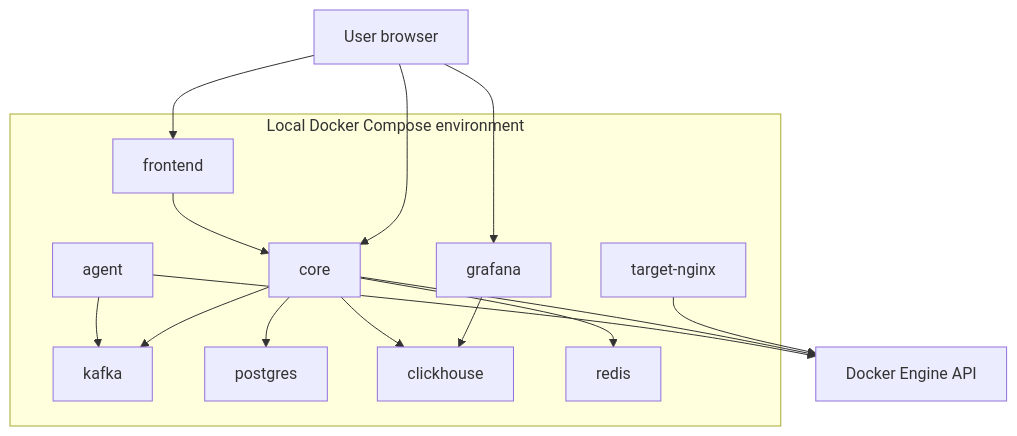
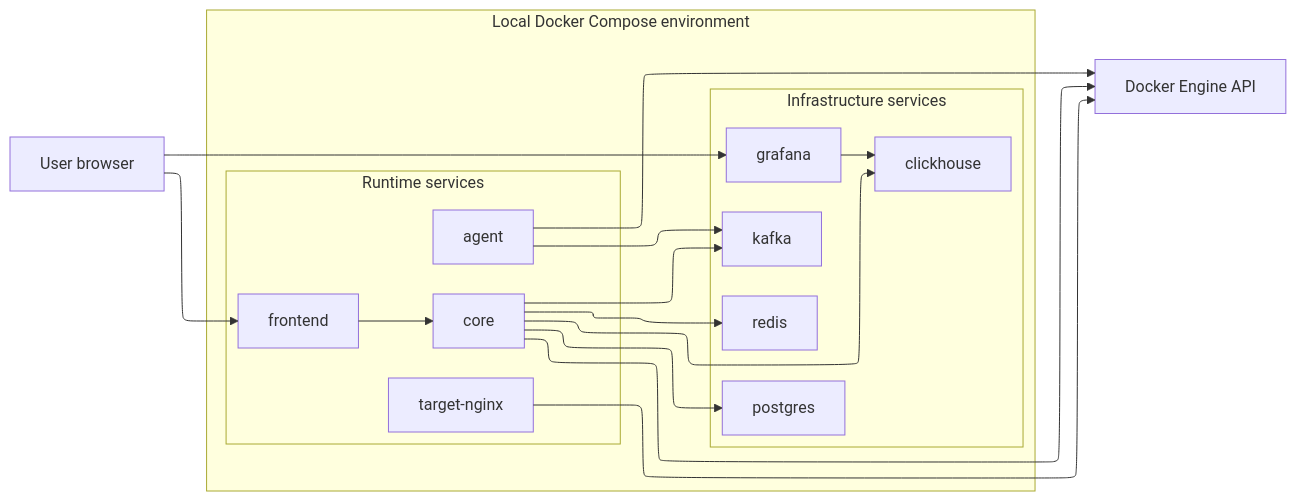
One commit to MTXIK/container-monitoring changed diagram 21 of 24 in docs/uml-diagrams.md. Above: the diagram before and after it, drawn with Mermaid. The commit also changed other lines of this file, not shown here.

Commit message:
update diagrams

````diff
--- a/docs/uml-diagrams.md
+++ b/docs/uml-diagrams.md
@@ -643,31 +714,39 @@
 ```mermaid
-flowchart TB
-    subgraph Compose["Local Docker Compose environment"]
-        Agent["agent"]
-        Core["core"]
-        Kafka["kafka"]
-        Postgres["postgres"]
-        ClickHouse["clickhouse"]
-        Redis["redis"]
-        Grafana["grafana"]
-        Frontend["frontend"]
-        TargetNginx["target-nginx"]
-    end
-
+%%{init: {"flowchart": {"defaultRenderer": "elk"}} }%%
+flowchart LR
     User["User browser"]
     Docker["Docker Engine API"]
 
-    Agent --> Docker
-    Core --> Docker
-    TargetNginx --> Docker
+    subgraph Compose["Local Docker Compose environment"]
+        direction LR
+        subgraph Runtime["Runtime services"]
+            direction TB
+            Agent["agent"]
+            Core["core"]
+            Frontend["frontend"]
+            TargetNginx["target-nginx"]
+        end
+
+        subgraph Infrastructure["Infrastructure services"]
+            direction TB
+            Kafka["kafka"]
+            Postgres["postgres"]
+            ClickHouse["clickhouse"]
+            Redis["redis"]
+            Grafana["grafana"]
+        end
+    end
+
+    User --> Frontend
+    User --> Grafana
+    Frontend --> Core
     Agent --> Kafka
     Core --> Kafka
     Core --> Postgres
     Core --> ClickHouse
     Core --> Redis
     Grafana --> ClickHouse
-    Frontend --> Core
-    User --> Frontend
-    User --> Grafana
-    User --> Core
+    Agent --> Docker
+    Core --> Docker
+    TargetNginx --> Docker
 ```
````
